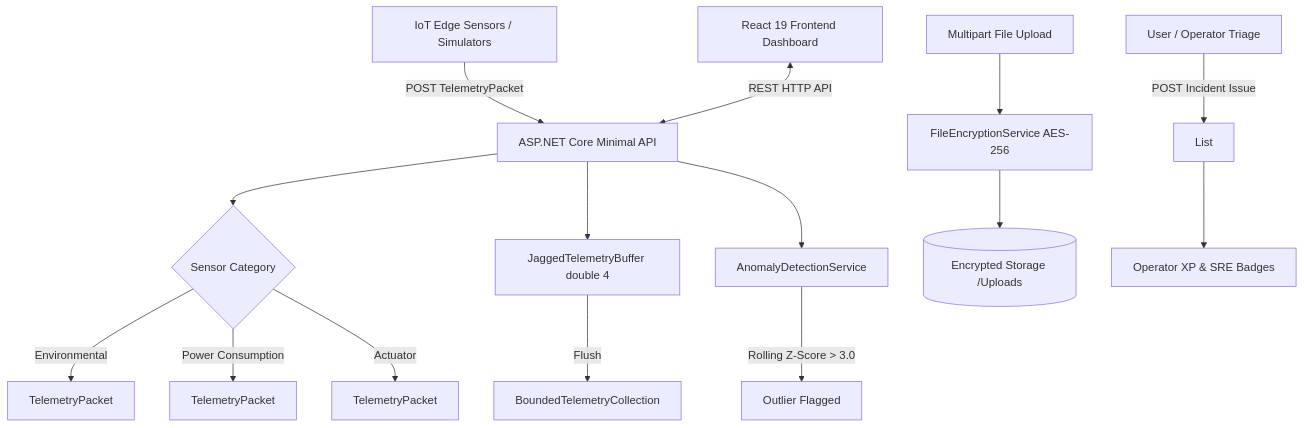
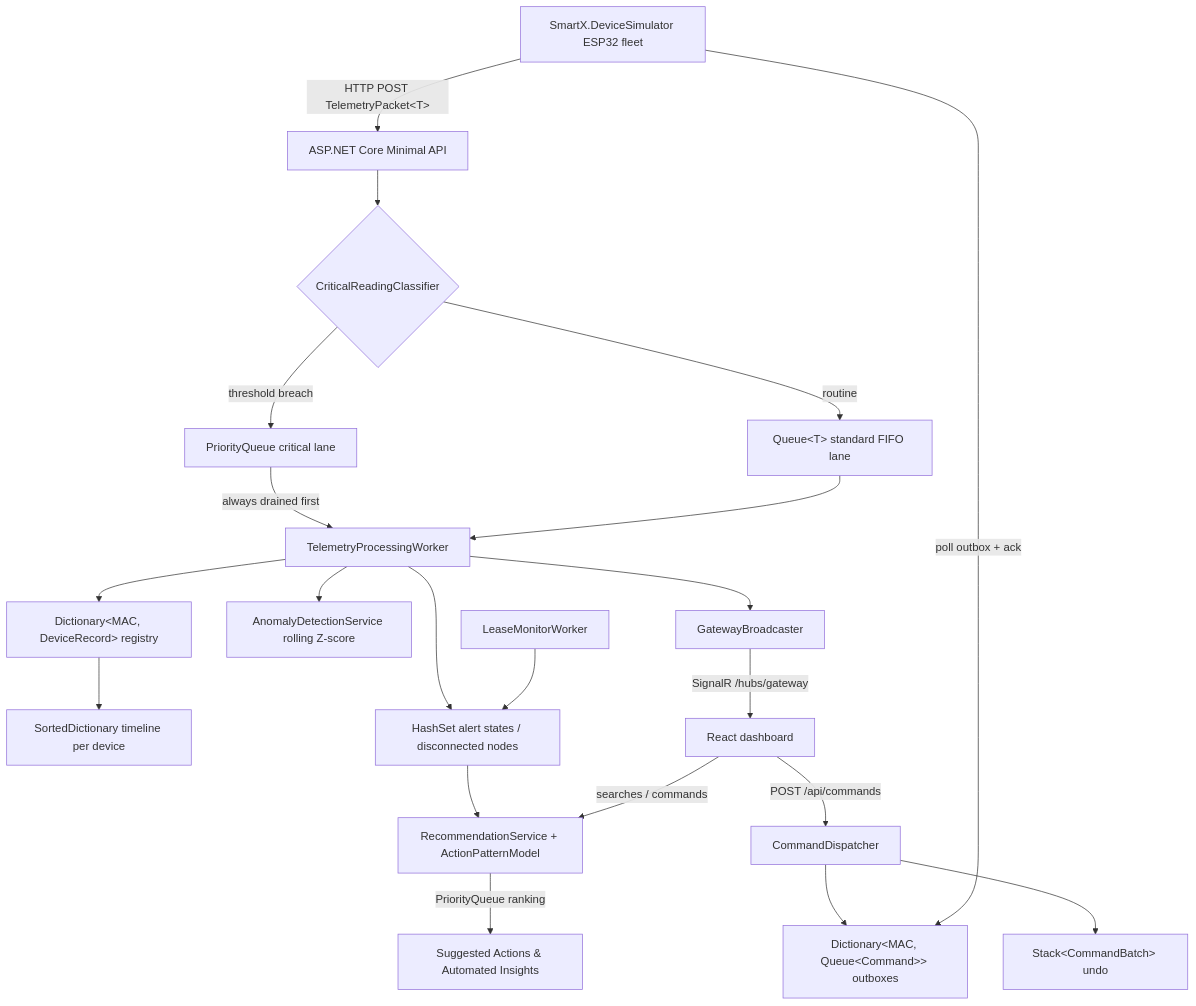
The diagram in README.md (msa1105/PROG7312---POE), drawn with Mermaid before and after one commit. The commit also changed other lines of this file, not shown here.

````diff
--- a/README.md
+++ b/README.md
@@ -115,22 +120,26 @@
 ```mermaid
 graph TD
-    A[IoT Edge Sensors / Simulators] -->|POST TelemetryPacket<T>| B[ASP.NET Core Minimal API]
-    B --> C{Sensor Category}
-    C -->|Environmental| D[TelemetryPacket<float>]
-    C -->|Power Consumption| E[TelemetryPacket<PowerMetric>]
-    C -->|Actuator| F[TelemetryPacket<bool>]
-    
-    B --> G[JaggedTelemetryBuffer double 4 ]
-    G -->|Flush| H[BoundedTelemetryCollection<T>]
-    
-    B --> I[AnomalyDetectionService]
-    I -->|Rolling Z-Score > 3.0| J[Outlier Flagged]
-    
-    K[Multipart File Upload] --> L[FileEncryptionService AES-256]
-    L --> M[(Encrypted Storage /Uploads)]
-    
-    N[User / Operator Triage] -->|POST Incident Issue| O[List<IncidentIssue>]
-    O --> P[Operator XP & SRE Badges]
-    
-    Q[React 19 Frontend Dashboard] <-->|REST HTTP API| B
+    SIM[SmartX.DeviceSimulator ESP32 fleet] -->|HTTP POST TelemetryPacket&lt;T&gt;| API[ASP.NET Core Minimal API]
+    API --> CLS{CriticalReadingClassifier}
+    CLS -->|routine| Q[Queue&lt;T&gt; standard FIFO lane]
+    CLS -->|threshold breach| PQ[PriorityQueue critical lane]
+    PQ -->|always drained first| W[TelemetryProcessingWorker]
+    Q --> W
+    W --> REG[Dictionary&lt;MAC, DeviceRecord&gt; registry]
+    REG --> TL[SortedDictionary timeline per device]
+    W --> AN[AnomalyDetectionService rolling Z-score]
+    W --> HS[HashSet alert states / disconnected nodes]
+    LM[LeaseMonitorWorker] --> HS
+
+    UI[React dashboard] -->|POST /api/commands| CD[CommandDispatcher]
+    CD --> OB[Dictionary&lt;MAC, Queue&lt;Command&gt;&gt; outboxes]
+    CD --> ST[Stack&lt;CommandBatch&gt; undo]
+    SIM -->|poll outbox + ack| OB
+
+    HS --> REC[RecommendationService + ActionPatternModel]
+    UI -->|searches / commands| REC
+    REC -->|PriorityQueue ranking| SUG[Suggested Actions & Automated Insights]
+
+    W --> BC[GatewayBroadcaster]
+    BC -->|SignalR /hubs/gateway| UI
 ```
````
